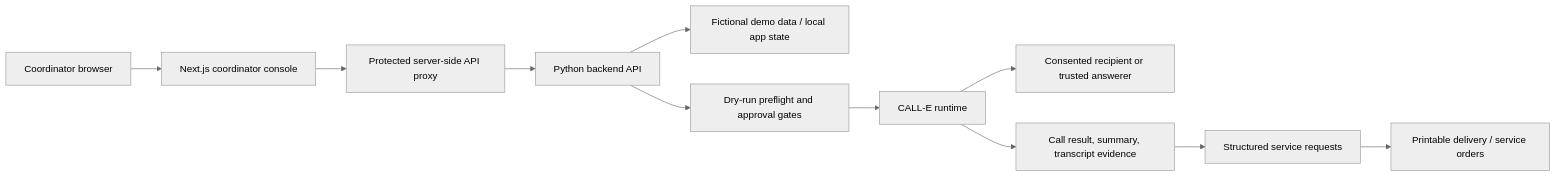
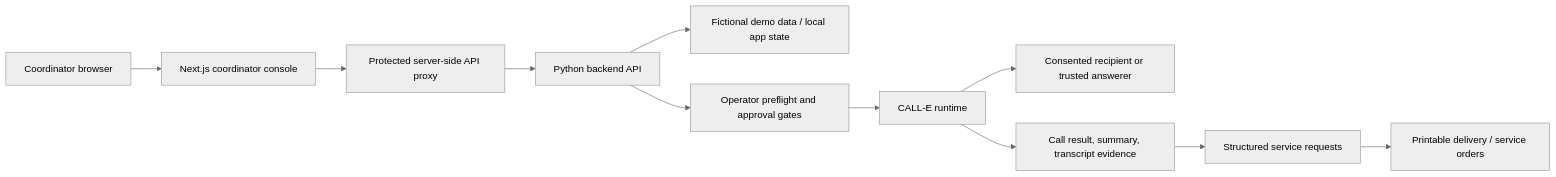
One commit to NeoSPU/care-call-ai changed the first of 2 diagrams in README.md. Above: the diagram before and after it, drawn with Mermaid (neutral theme). The commit also changed other lines of this file and 34 other files, not shown here.

Commit message:
Prepare public demo submission flow

````diff
--- a/README.md
+++ b/README.md
@@ -28,13 +30,13 @@
 ```mermaid
 flowchart LR
     Coordinator["Coordinator browser"] --> Frontend["Next.js coordinator console"]
     Frontend --> Proxy["Protected server-side API proxy"]
     Proxy --> Backend["Python backend API"]
     Backend --> Store["Fictional demo data / local app state"]
-    Backend --> Preflight["Dry-run preflight and approval gates"]
+    Backend --> Preflight["Operator preflight and approval gates"]
     Preflight --> Calle["CALL-E runtime"]
     Calle --> Recipient["Consented recipient or trusted answerer"]
     Calle --> Results["Call result, summary, transcript evidence"]
     Results --> Requests["Structured service requests"]
     Requests --> Orders["Printable delivery / service orders"]
 ```
````
